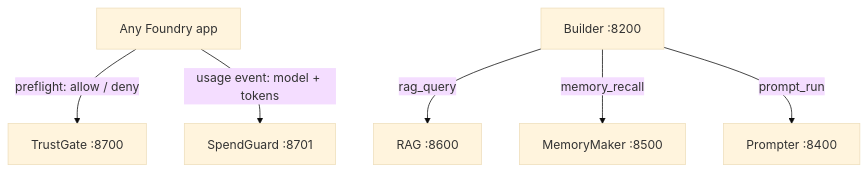
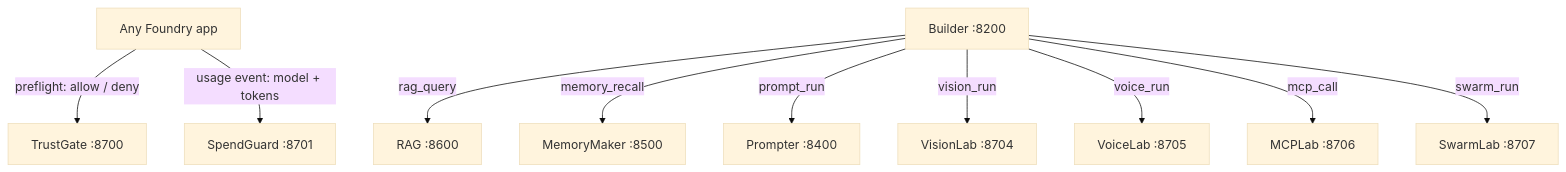
Before and after one commit to Zoidlab-Foundry/foundry-infra: the fourth of 4 diagrams in ARCHITECTURE.md, drawn with Mermaid (base theme). The commit also changed other lines of this file, not shown here.

First line of the commit message:
Architecture: composition matrix complete — Builder orchestrates all four labs

````diff
--- a/ARCHITECTURE.md
+++ b/ARCHITECTURE.md
@@ -305,8 +305,12 @@
 ```mermaid
 graph TB
     APP["Any Foundry app"] -->|"preflight: allow / deny"| TG["TrustGate :8700"]
     APP -->|"usage event: model + tokens"| SG["SpendGuard :8701"]
     BLD["Builder :8200"] -->|"rag_query"| RAG["RAG :8600"]
     BLD -->|"memory_recall"| MM["MemoryMaker :8500"]
     BLD -->|"prompt_run"| PR["Prompter :8400"]
+    BLD -->|"vision_run"| VL["VisionLab :8704"]
+    BLD -->|"voice_run"| VO["VoiceLab :8705"]
+    BLD -->|"mcp_call"| MC["MCPLab :8706"]
+    BLD -->|"swarm_run"| SW["SwarmLab :8707"]
 ```
````
